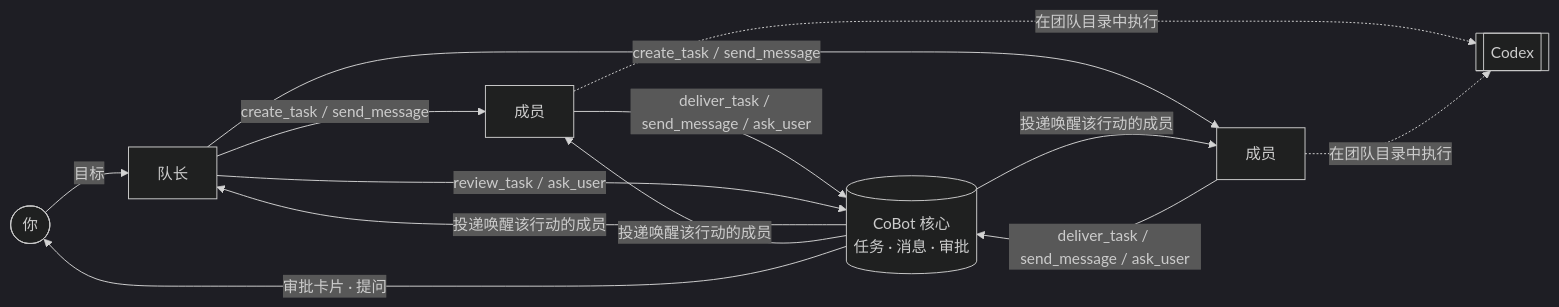
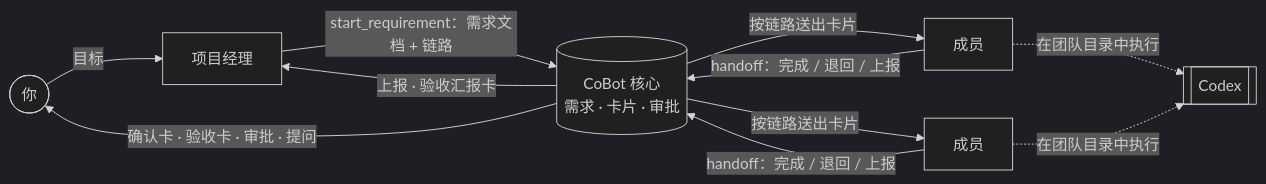
The diagram in README.zh-CN.md (kunghim/CoBot), drawn with Mermaid (dark theme) before and after one commit. The commit also changed other lines of this file and 105 other files, not shown here.

````diff
--- a/README.zh-CN.md
+++ b/README.zh-CN.md
@@ -33,11 +33,10 @@
 ```mermaid
 flowchart LR
-    U([你]) -->|目标| L[队长]
-    L -->|create_task / send_message| M1[成员]
-    L -->|create_task / send_message| M2[成员]
-    M1 & M2 -->|deliver_task / send_message / ask_user| C[(CoBot 核心<br/>任务 · 消息 · 审批)]
-    L -->|review_task / ask_user| C
-    C -->|投递唤醒该行动的成员| L & M1 & M2
-    C -->|审批卡片 · 提问| U
+    U([你]) -->|目标| L[项目经理]
+    L -->|start_requirement：需求文档 + 链路| C[(CoBot 核心<br/>需求 · 卡片 · 审批)]
+    C -->|按链路送出卡片| M1[成员] & M2[成员]
+    M1 & M2 -->|handoff：完成 / 退回 / 上报| C
+    C -->|上报 · 验收汇报卡| L
+    C -->|确认卡 · 验收卡 · 审批 · 提问| U
     M1 & M2 -. 在团队目录中执行 .-> E[[Codex]]
 ```
````
